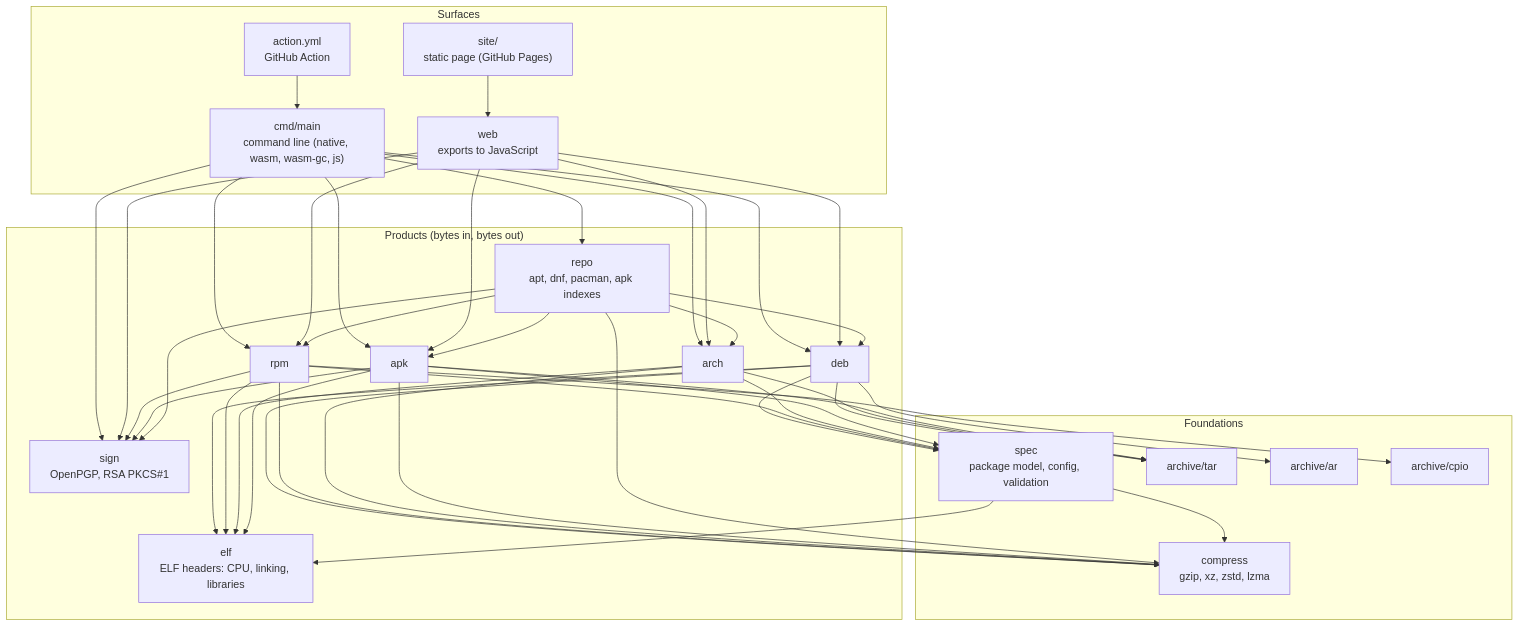
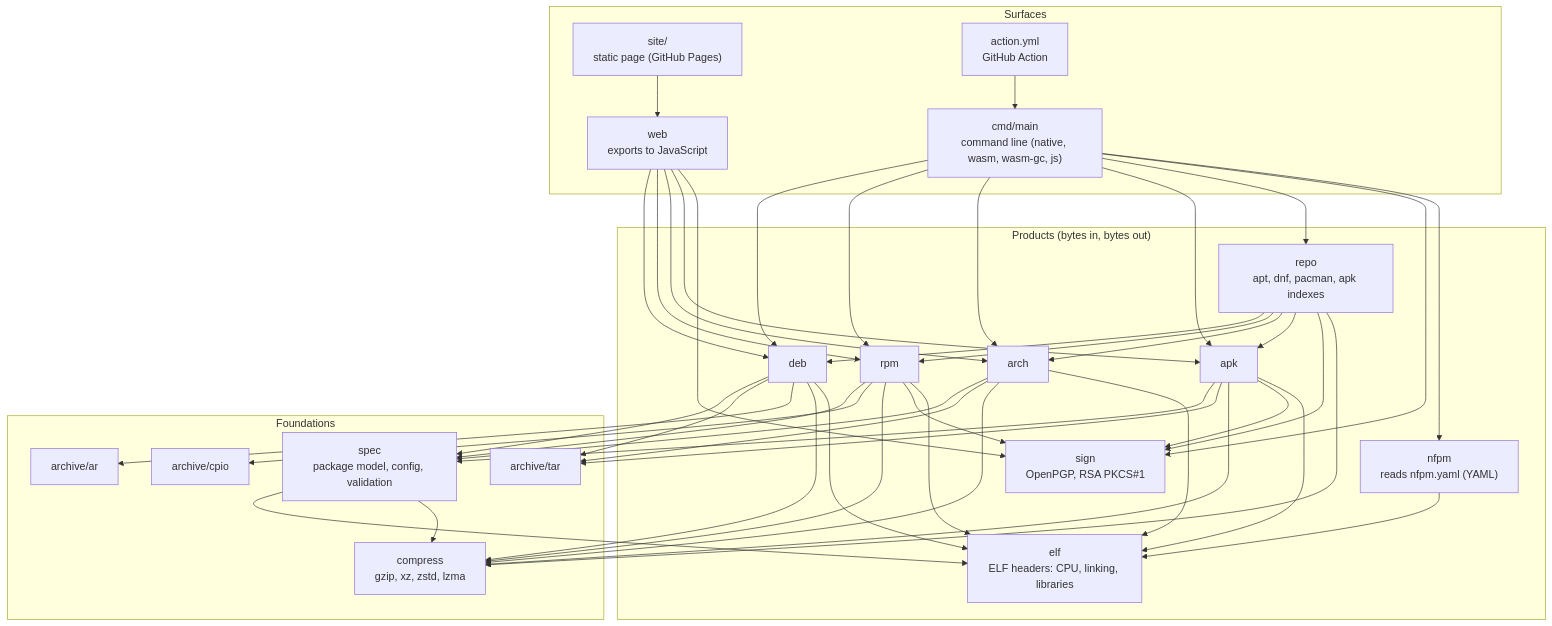
The first of 2 diagrams in docs/architecture.md (pxgt/linuxpkg), drawn with Mermaid before and after one commit. The commit also changed 75 other files, not shown here.

First line of the commit message:
build and convert read nfpm.yaml; differential check against the real nFPM in CI

````diff
--- a/docs/architecture.md
+++ b/docs/architecture.md
@@ -8,36 +8,38 @@
 ```mermaid
 flowchart TB
   subgraph surface["Surfaces"]
     cli["cmd/main<br/>command line (native, wasm, wasm-gc, js)"]
     web["web<br/>exports to JavaScript"]
     site["site/<br/>static page (GitHub Pages)"]
     action["action.yml<br/>GitHub Action"]
   end
   subgraph products["Products (bytes in, bytes out)"]
     deb["deb"]
     rpm["rpm"]
     arch["arch"]
     apk["apk"]
     repo["repo<br/>apt, dnf, pacman, apk indexes"]
     sign["sign<br/>OpenPGP, RSA PKCS#1"]
     elf["elf<br/>ELF headers: CPU, linking, libraries"]
+    nfpm["nfpm<br/>reads nfpm.yaml (YAML)"]
   end
   subgraph base["Foundations"]
     spec["spec<br/>package model, config, validation"]
     tar["archive/tar"]
     ar["archive/ar"]
     cpio["archive/cpio"]
     compress["compress<br/>gzip, xz, zstd, lzma"]
   end
   site --> web
-  cli --> deb & rpm & arch & apk & repo & sign
+  cli --> deb & rpm & arch & apk & repo & sign & nfpm
   web --> deb & rpm & arch & apk & sign
   action --> cli
   deb --> spec & tar & ar & compress & elf
   rpm --> spec & cpio & compress & sign & elf
   arch --> spec & tar & compress & elf
   apk --> spec & tar & compress & sign & elf
   spec --> elf
   repo --> deb & rpm & arch & apk & sign & compress
   spec --> compress
+  nfpm --> elf
 ```
````
